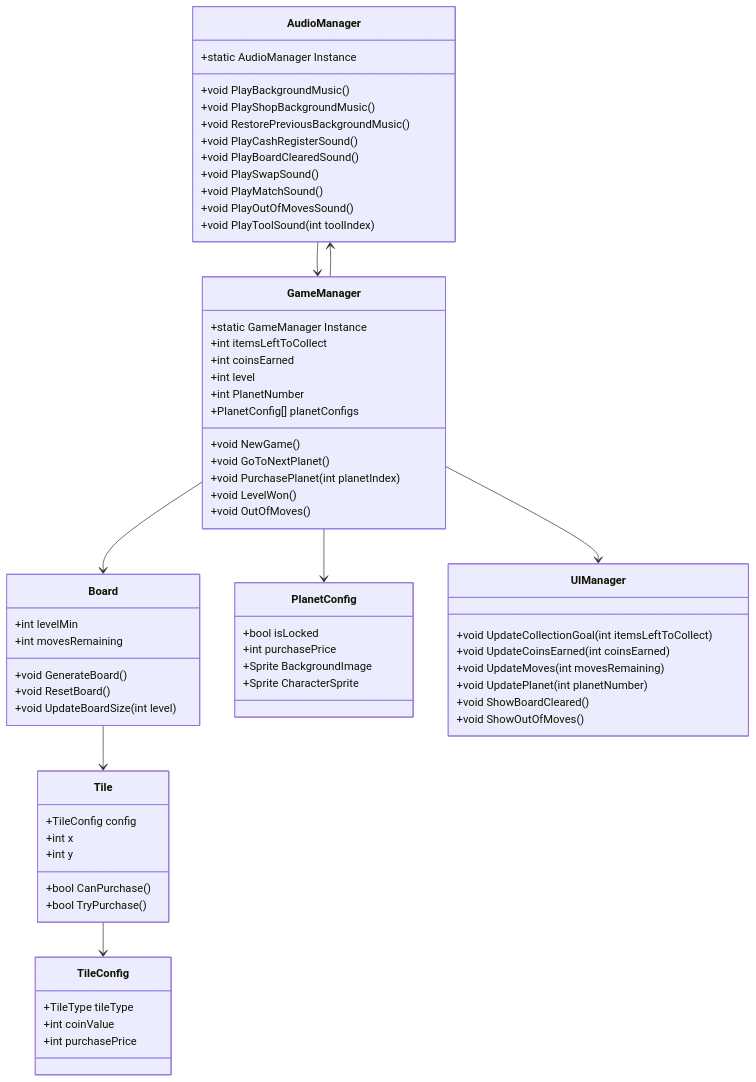
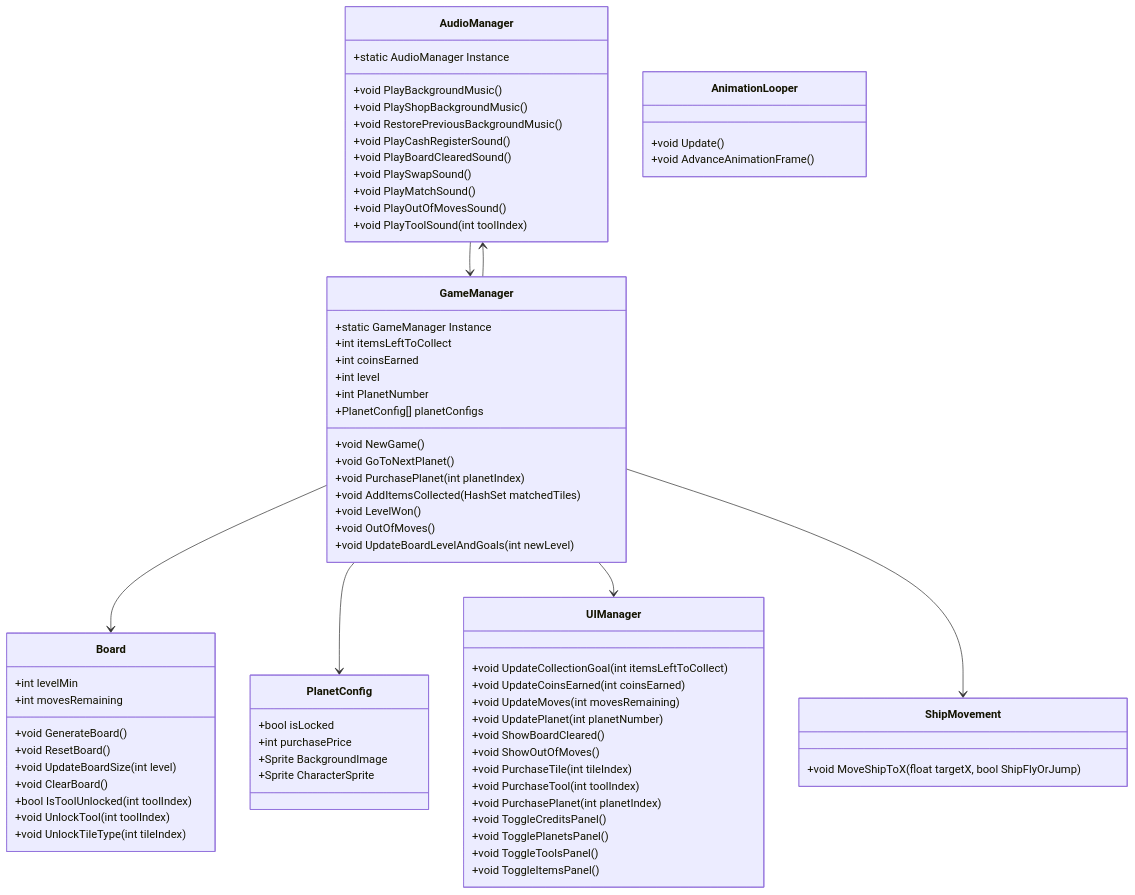
One commit to chrisaharden/SpAIceRocks changed the diagram in Docs/ClassDiagam.mermaid. Above: the diagram before and after it, drawn with Mermaid. The commit also changed 2 other files, not shown here.

Commit message:
class diagram revisions

```diff
--- a/Docs/ClassDiagam.mermaid
+++ b/Docs/ClassDiagam.mermaid
@@ -1,73 +1,80 @@
 classDiagram
     class AudioManager {
         +static AudioManager Instance
         +void PlayBackgroundMusic()
         +void PlayShopBackgroundMusic()
         +void RestorePreviousBackgroundMusic()
         +void PlayCashRegisterSound()
         +void PlayBoardClearedSound()
         +void PlaySwapSound()
         +void PlayMatchSound()
         +void PlayOutOfMovesSound()
         +void PlayToolSound(int toolIndex)
     }
 
+    class AnimationLooper {
+        +void Update()
+        +void AdvanceAnimationFrame()
+    }
+
     class Board {
         +int levelMin
         +int movesRemaining
         +void GenerateBoard()
         +void ResetBoard()
         +void UpdateBoardSize(int level)
+        +void ClearBoard()
+        +bool IsToolUnlocked(int toolIndex)
+        +void UnlockTool(int toolIndex)
+        +void UnlockTileType(int tileIndex)
     }
 
     class GameManager {
         +static GameManager Instance
         +int itemsLeftToCollect
         +int coinsEarned
         +int level
         +int PlanetNumber
         +PlanetConfig[] planetConfigs
         +void NewGame()
         +void GoToNextPlanet()
         +void PurchasePlanet(int planetIndex)
+        +void AddItemsCollected(HashSet<Tile> matchedTiles)
         +void LevelWon()
         +void OutOfMoves()
+        +void UpdateBoardLevelAndGoals(int newLevel)
     }
 
     class PlanetConfig {
         +bool isLocked
         +int purchasePrice
         +Sprite BackgroundImage
         +Sprite CharacterSprite
     }
 
-    class Tile {
-        +TileConfig config
-        +int x
-        +int y
-        +bool CanPurchase()
-        +bool TryPurchase()
-    }
-
-    class TileConfig {
-        +TileType tileType
-        +int coinValue
-        +int purchasePrice
+    class ShipMovement {
+        +void MoveShipToX(float targetX, bool ShipFlyOrJump)
     }
 
     class UIManager {
         +void UpdateCollectionGoal(int itemsLeftToCollect)
         +void UpdateCoinsEarned(int coinsEarned)
         +void UpdateMoves(int movesRemaining)
         +void UpdatePlanet(int planetNumber)
         +void ShowBoardCleared()
         +void ShowOutOfMoves()
+        +void PurchaseTile(int tileIndex)
+        +void PurchaseTool(int toolIndex)
+        +void PurchasePlanet(int planetIndex)
+        +void ToggleCreditsPanel()
+        +void TogglePlanetsPanel()
+        +void ToggleToolsPanel()
+        +void ToggleItemsPanel()
     }
 
     AudioManager --> GameManager
     GameManager --> Board
     GameManager --> PlanetConfig
     GameManager --> AudioManager
     GameManager --> UIManager
-    Board --> Tile
-    Tile --> TileConfig
+    GameManager --> ShipMovement
```
